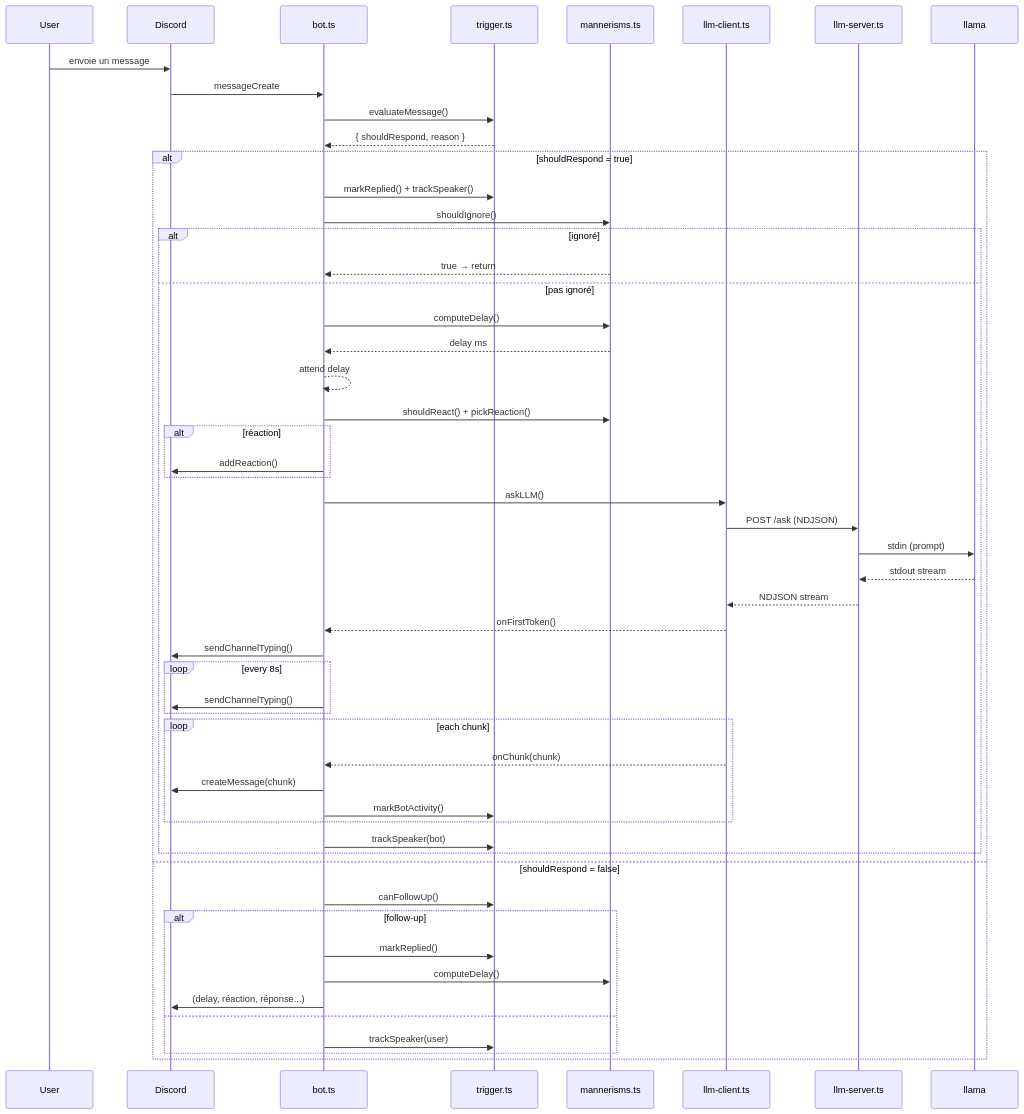
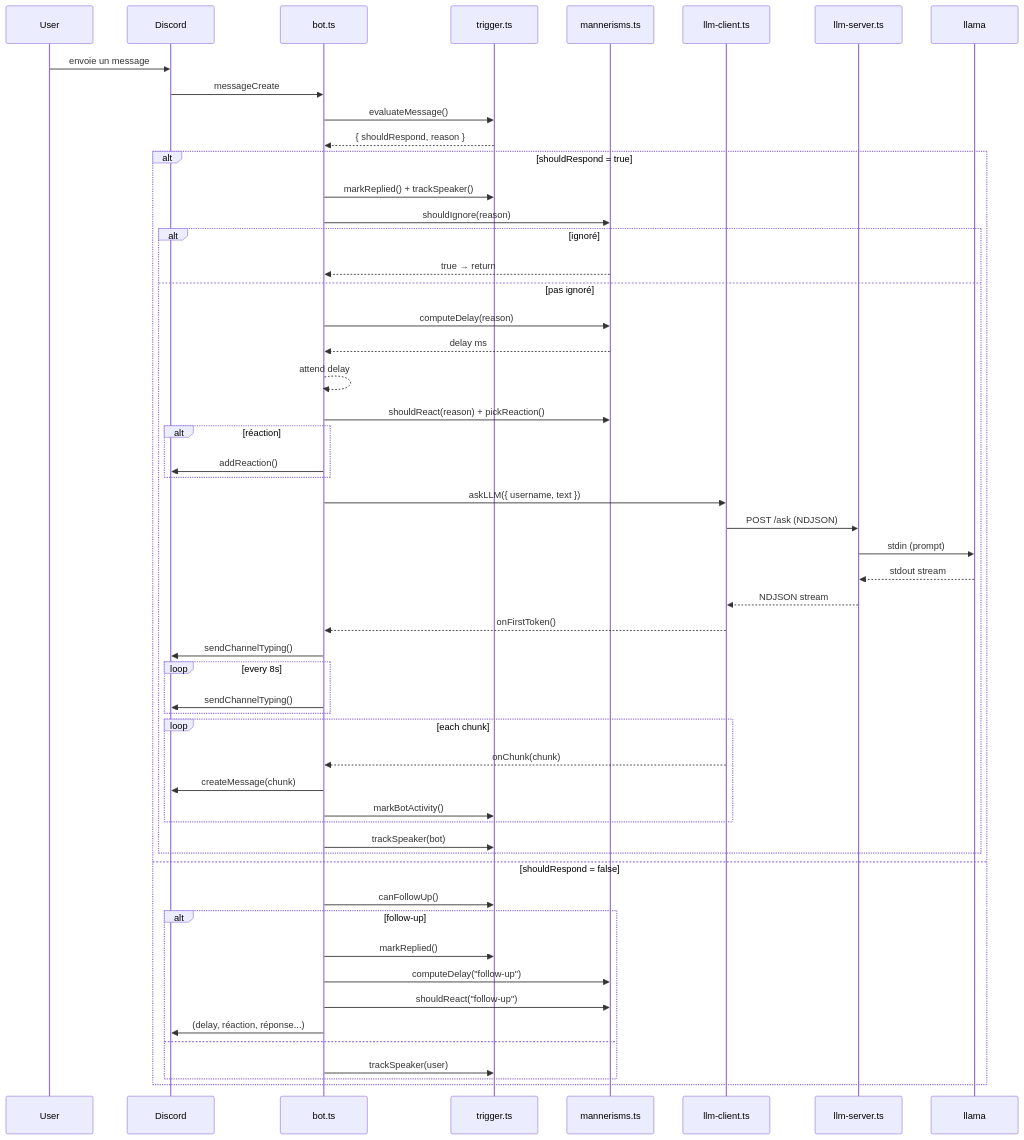
The fifth of 5 diagrams in README.md (protocol-luna/krystal), drawn with Mermaid before and after one commit. The commit also changed other lines of this file and 3 other files, not shown here.

Commit message:
add concentration variable per trigger type + update README diagrams

````diff
--- a/README.md
+++ b/README.md
@@ -367,57 +390,58 @@
 ```mermaid
 sequenceDiagram
     participant User
     participant Discord
     participant bot.ts
     participant trigger.ts
     participant mannerisms.ts
     participant llm-client.ts
     participant llm-server.ts
     participant llama
 
     User->>Discord: envoie un message
     Discord->>bot.ts: messageCreate
     bot.ts->>trigger.ts: evaluateMessage()
     trigger.ts-->>bot.ts: { shouldRespond, reason }
 
     alt shouldRespond = true
         bot.ts->>trigger.ts: markReplied() + trackSpeaker()
-        bot.ts->>mannerisms.ts: shouldIgnore()
+        bot.ts->>mannerisms.ts: shouldIgnore(reason)
         alt ignoré
             mannerisms.ts-->>bot.ts: true → return
         else pas ignoré
-            bot.ts->>mannerisms.ts: computeDelay()
+            bot.ts->>mannerisms.ts: computeDelay(reason)
             mannerisms.ts-->>bot.ts: delay ms
             bot.ts-->>bot.ts: attend delay
-            bot.ts->>mannerisms.ts: shouldReact() + pickReaction()
+            bot.ts->>mannerisms.ts: shouldReact(reason) + pickReaction()
             alt réaction
                 bot.ts->>Discord: addReaction()
             end
-            bot.ts->>llm-client.ts: askLLM()
+            bot.ts->>llm-client.ts: askLLM({ username, text })
             llm-client.ts->>llm-server.ts: POST /ask (NDJSON)
             llm-server.ts->>llama: stdin (prompt)
             llama-->>llm-server.ts: stdout stream
             llm-server.ts-->>llm-client.ts: NDJSON stream
             llm-client.ts-->>bot.ts: onFirstToken()
             bot.ts->>Discord: sendChannelTyping()
             loop every 8s
                 bot.ts->>Discord: sendChannelTyping()
             end
             loop each chunk
                 llm-client.ts-->>bot.ts: onChunk(chunk)
                 bot.ts->>Discord: createMessage(chunk)
                 bot.ts->>trigger.ts: markBotActivity()
             end
             bot.ts->>trigger.ts: trackSpeaker(bot)
         end
     else shouldRespond = false
         bot.ts->>trigger.ts: canFollowUp()
         alt follow-up
             bot.ts->>trigger.ts: markReplied()
-            bot.ts->>mannerisms.ts: computeDelay()
+            bot.ts->>mannerisms.ts: computeDelay("follow-up")
+            bot.ts->>mannerisms.ts: shouldReact("follow-up")
             bot.ts->>Discord: (delay, réaction, réponse...)
         else
             bot.ts->>trigger.ts: trackSpeaker(user)
         end
     end
 ```
````
